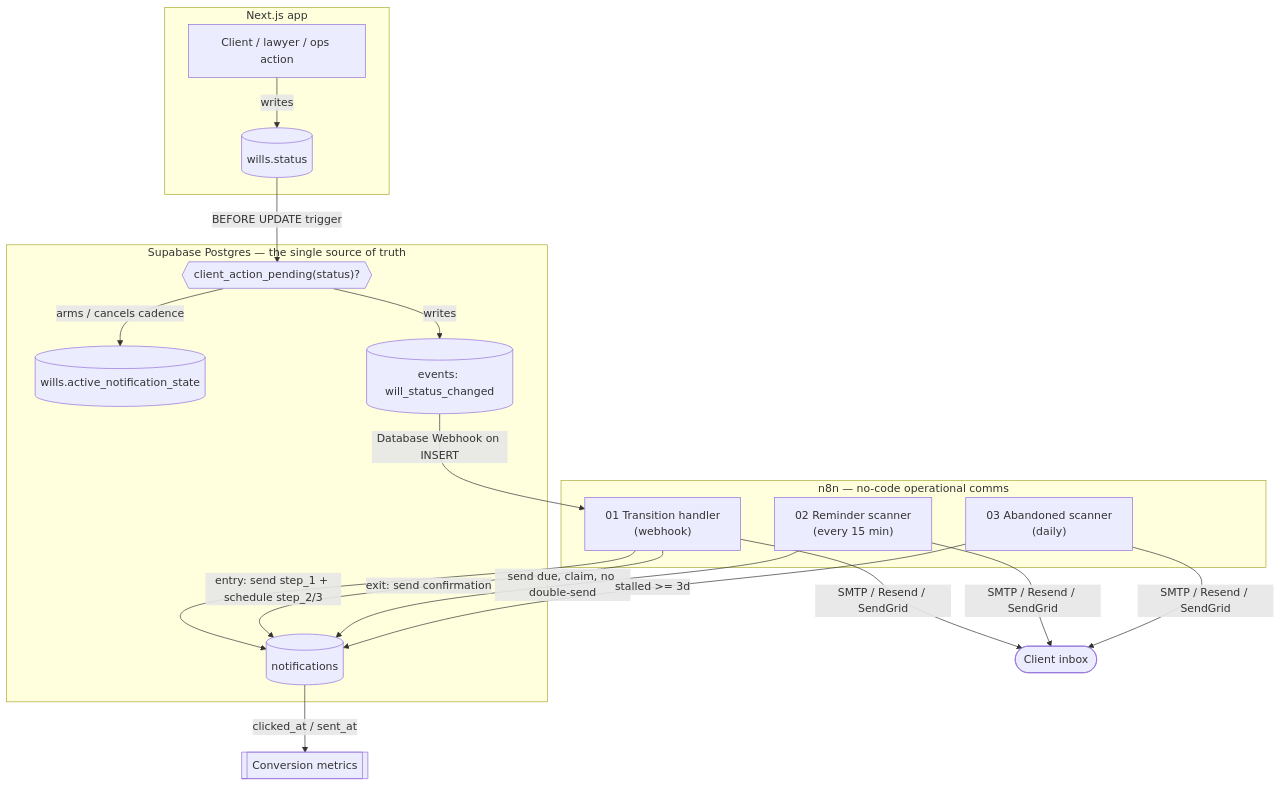
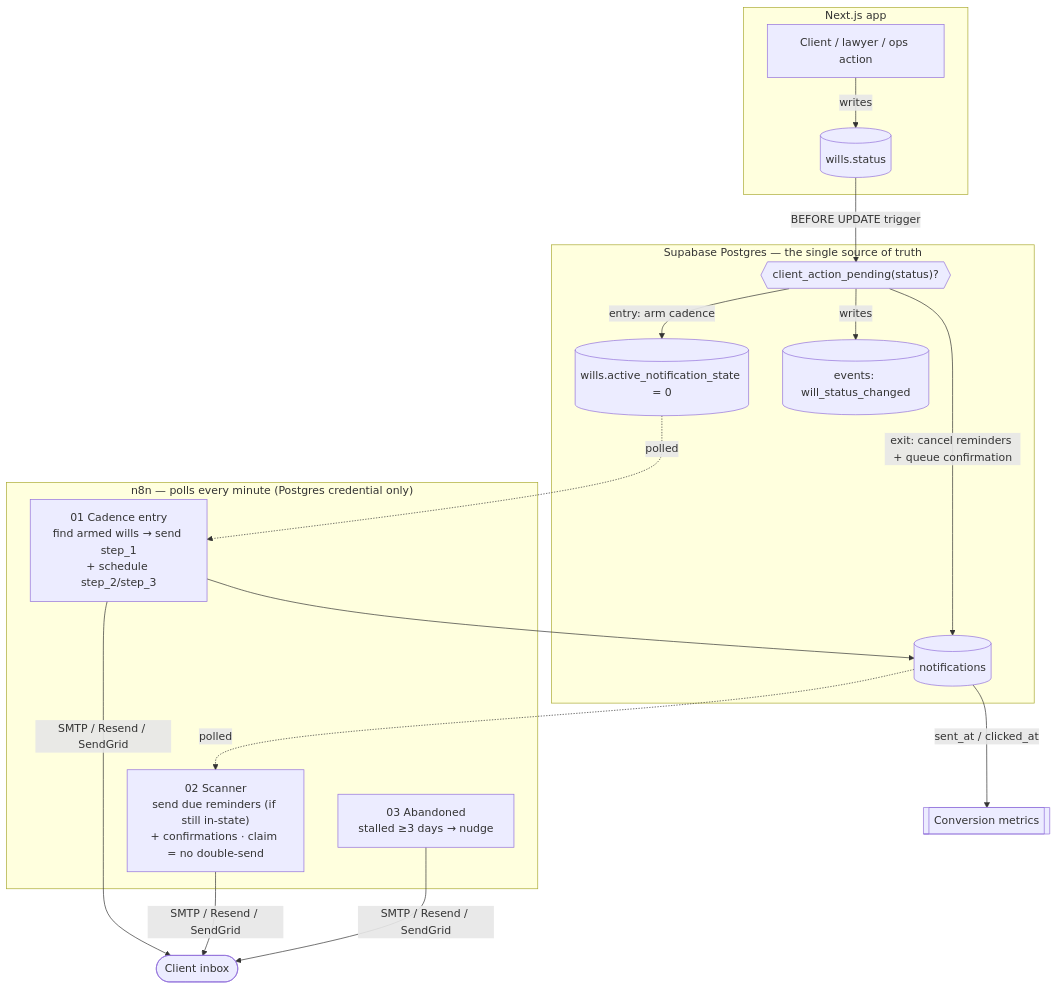
Before and after one commit to rohitbnair10/instawill-prypco: the diagram in n8n/README.md, drawn with Mermaid. The commit also changed other lines of this file and 11 other files, not shown here.

````diff
--- a/n8n/README.md
+++ b/n8n/README.md
@@ -16,28 +23,25 @@
 ```mermaid
 flowchart TD
   subgraph App["Next.js app"]
     A[Client / lawyer / ops action] -->|writes| DBW[(wills.status)]
   end
 
   subgraph PG["Supabase Postgres — the single source of truth"]
     DBW -->|BEFORE UPDATE trigger| GUARD{{"client_action_pending(status)?"}}
-    GUARD -->|arms / cancels cadence| NCOLS[(wills.active_notification_state)]
+    GUARD -->|entry: arm cadence| NCOLS[(wills.active_notification_state = 0)]
+    GUARD -->|exit: cancel reminders + queue confirmation| NOTIF[(notifications)]
     GUARD -->|writes| EV[("events: will_status_changed")]
-    NOTIF[(notifications)]
   end
 
-  EV -->|Database Webhook on INSERT| W1
-
-  subgraph N8N["n8n — no-code operational comms"]
-    W1["01 Transition handler<br/>(webhook)"]
-    W2["02 Reminder scanner<br/>(every 15 min)"]
-    W3["03 Abandoned scanner<br/>(daily)"]
+  subgraph N8N["n8n — polls every minute (Postgres credential only)"]
+    W1["01 Cadence entry<br/>find armed wills → send step_1<br/>+ schedule step_2/step_3"]
+    W2["02 Scanner<br/>send due reminders (if still in-state)<br/>+ confirmations · claim = no double-send"]
+    W3["03 Abandoned<br/>stalled ≥3 days → nudge"]
   end
 
-  W1 -->|entry: send step_1 + schedule step_2/3| NOTIF
-  W1 -->|exit: send confirmation| NOTIF
-  W2 -->|send due, claim, no double-send| NOTIF
-  W3 -->|stalled >= 3d| NOTIF
+  NCOLS -. polled .-> W1
+  NOTIF -. polled .-> W2
+  W1 --> NOTIF
   W1 & W2 & W3 -->|SMTP / Resend / SendGrid| MAIL([Client inbox])
-  NOTIF -->|clicked_at / sent_at| METRICS[[Conversion metrics]]
+  NOTIF -->|sent_at / clicked_at| METRICS[[Conversion metrics]]
 ```
````
